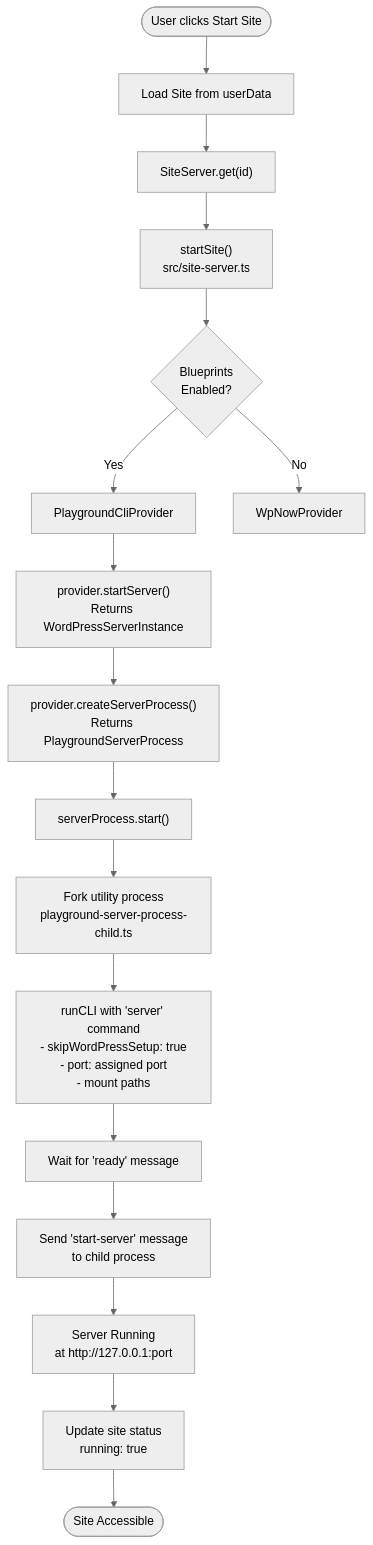
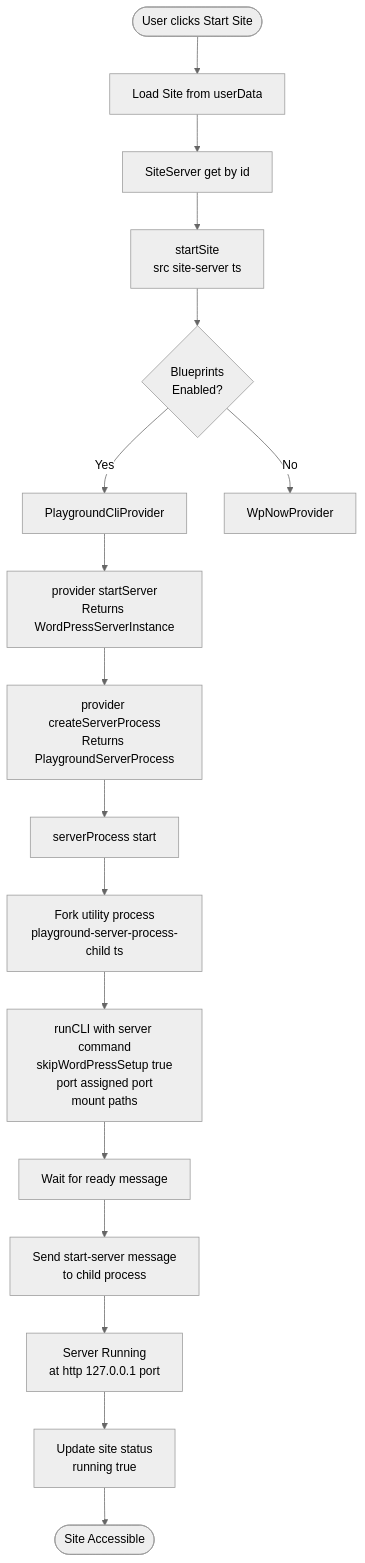
Before and after one commit to Automattic/studio: the second of 3 diagrams in src/lib/wordpress-provider/playground-cli/README.md, drawn with Mermaid (neutral theme). The commit also changed other lines of this file, not shown here.

Commit message:
add readme to playground cli provider

````diff
--- a/src/lib/wordpress-provider/playground-cli/README.md
+++ b/src/lib/wordpress-provider/playground-cli/README.md
@@ -76,33 +76,33 @@
 ```mermaid
 graph TB
     Start([User clicks Start Site]) --> LoadSite[Load Site from userData]
 
-    LoadSite --> GetServer["SiteServer.get(id)"]
+    LoadSite --> GetServer["SiteServer get by id"]
 
-    GetServer --> StartSite["startSite()<br/>src/site-server.ts"]
+    GetServer --> StartSite["startSite<br/>src site-server ts"]
 
     StartSite --> CheckProvider{Blueprints<br/>Enabled?}
 
     CheckProvider --> |Yes| UsePlaygroundCLI[PlaygroundCliProvider]
     CheckProvider --> |No| UseWpNow[WpNowProvider]
 
-    UsePlaygroundCLI --> CreateServerInstance["provider.startServer()<br/>Returns WordPressServerInstance"]
+    UsePlaygroundCLI --> CreateServerInstance["provider startServer<br/>Returns WordPressServerInstance"]
 
-    CreateServerInstance --> CreateServerProcess["provider.createServerProcess()<br/>Returns PlaygroundServerProcess"]
+    CreateServerInstance --> CreateServerProcess["provider createServerProcess<br/>Returns PlaygroundServerProcess"]
 
-    CreateServerProcess --> StartProcess["serverProcess.start()"]
+    CreateServerProcess --> StartProcess["serverProcess start"]
 
-    StartProcess --> ForkChild[Fork utility process<br/>playground-server-process-child.ts]
+    StartProcess --> ForkChild["Fork utility process<br/>playground-server-process-child ts"]
 
-    ForkChild --> RunServer[runCLI with 'server' command<br/>- skipWordPressSetup: true<br/>- port: assigned port<br/>- mount paths]
+    ForkChild --> RunServer["runCLI with server command<br/>skipWordPressSetup true<br/>port assigned port<br/>mount paths"]
 
-    RunServer --> WaitReady[Wait for 'ready' message]
+    RunServer --> WaitReady[Wait for ready message]
 
-    WaitReady --> SendStart[Send 'start-server' message<br/>to child process]
+    WaitReady --> SendStart["Send start-server message<br/>to child process"]
 
-    SendStart --> ServerRunning[Server Running<br/>at http://127.0.0.1:port]
+    SendStart --> ServerRunning["Server Running<br/>at http 127.0.0.1 port"]
 
-    ServerRunning --> UpdateStatus[Update site status<br/>running: true]
+    ServerRunning --> UpdateStatus["Update site status<br/>running true"]
 
     UpdateStatus --> Ready([Site Accessible])
 ```
````
